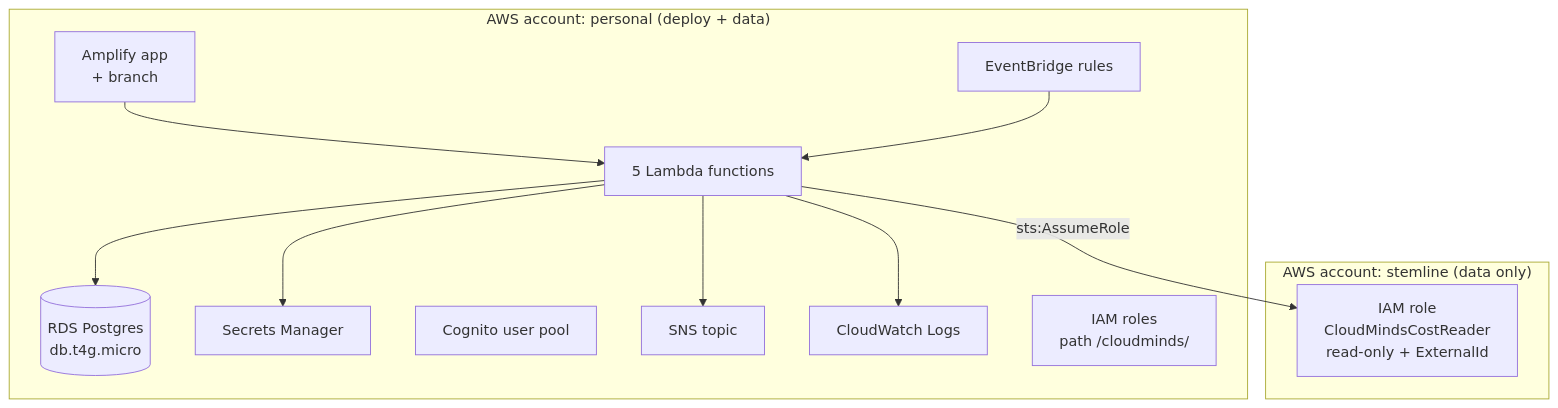
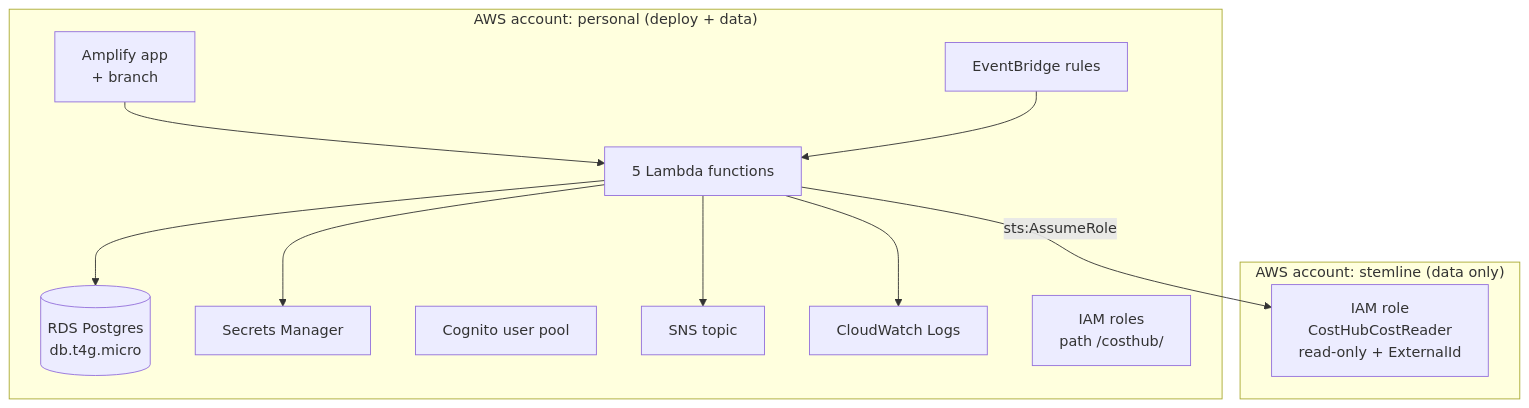
One commit to Hemanth0411/Cloud_Cost_Intelligence_Hub changed the fourth of 4 diagrams in docs/02-architecture.md. Above: the diagram before and after it, drawn with Mermaid. The commit also changed other lines of this file and 29 other files, not shown here.

First line of the commit message:
Rename: product is Cloud Cost Intelligence Hub, package is costhub

````diff
--- a/docs/02-architecture.md
+++ b/docs/02-architecture.md
@@ -153,26 +153,26 @@
 ```mermaid
 graph TB
     subgraph PERSONAL["AWS account: personal (deploy + data)"]
         AMP["Amplify app<br/>+ branch"]
         LAM["5 Lambda functions"]
         RDS[("RDS Postgres<br/>db.t4g.micro")]
         SM["Secrets Manager"]
         COG["Cognito user pool"]
         EB["EventBridge rules"]
         SNS["SNS topic"]
         CWL["CloudWatch Logs"]
-        ROLE["IAM roles<br/>path /cloudminds/"]
+        ROLE["IAM roles<br/>path /costhub/"]
     end
 
     subgraph STEMLINE["AWS account: stemline (data only)"]
-        CRR["IAM role<br/>CloudMindsCostReader<br/>read-only + ExternalId"]
+        CRR["IAM role<br/>CostHubCostReader<br/>read-only + ExternalId"]
     end
 
     LAM -->|sts:AssumeRole| CRR
     LAM --> RDS
     LAM --> SM
     AMP --> LAM
     EB --> LAM
     LAM --> CWL
     LAM --> SNS
 ```
````
